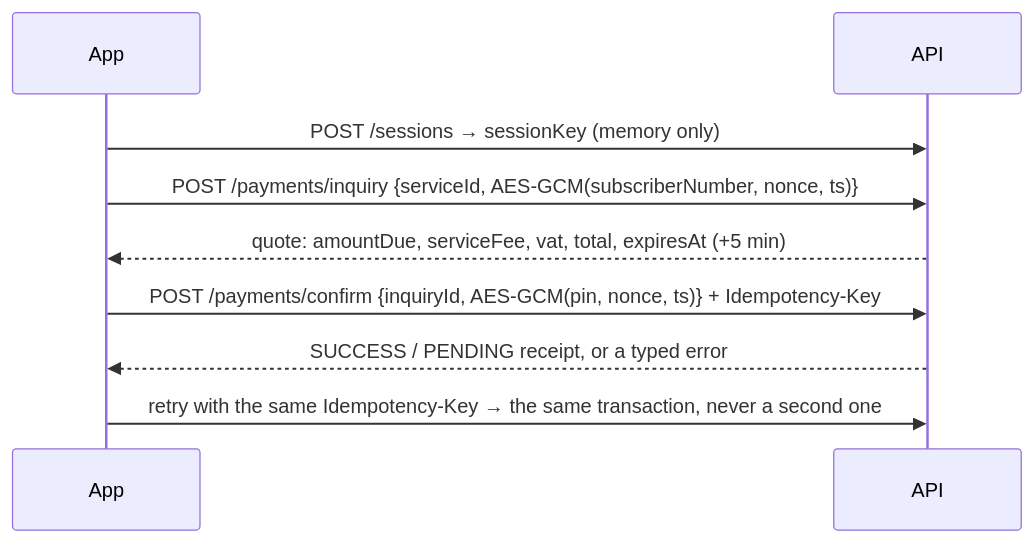
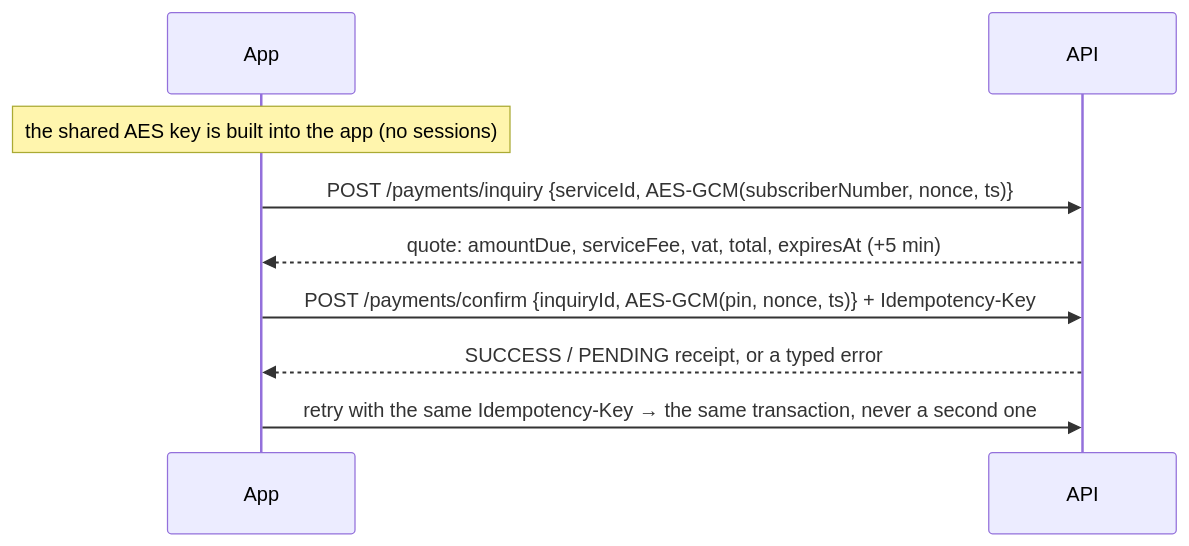
The first of 2 diagrams in README.md (M-o-m-e-n/Momkn-pay-backend), drawn with Mermaid before and after one commit. The commit also changed other lines of this file and 4 other files, not shown here.

First line of the commit message:
docs: update the README, standards and guides for the session-less API

````diff
--- a/README.md
+++ b/README.md
@@ -105,11 +110,11 @@
 ```mermaid
 sequenceDiagram
     participant App
     participant API
-    App->>API: POST /sessions → sessionKey (memory only)
+    Note over App: the shared AES key is built into the app (no sessions)
     App->>API: POST /payments/inquiry {serviceId, AES-GCM(subscriberNumber, nonce, ts)}
     API-->>App: quote: amountDue, serviceFee, vat, total, expiresAt (+5 min)
     App->>API: POST /payments/confirm {inquiryId, AES-GCM(pin, nonce, ts)} + Idempotency-Key
     API-->>App: SUCCESS / PENDING receipt, or a typed error
     App->>API: retry with the same Idempotency-Key → the same transaction, never a second one
 ```
````
